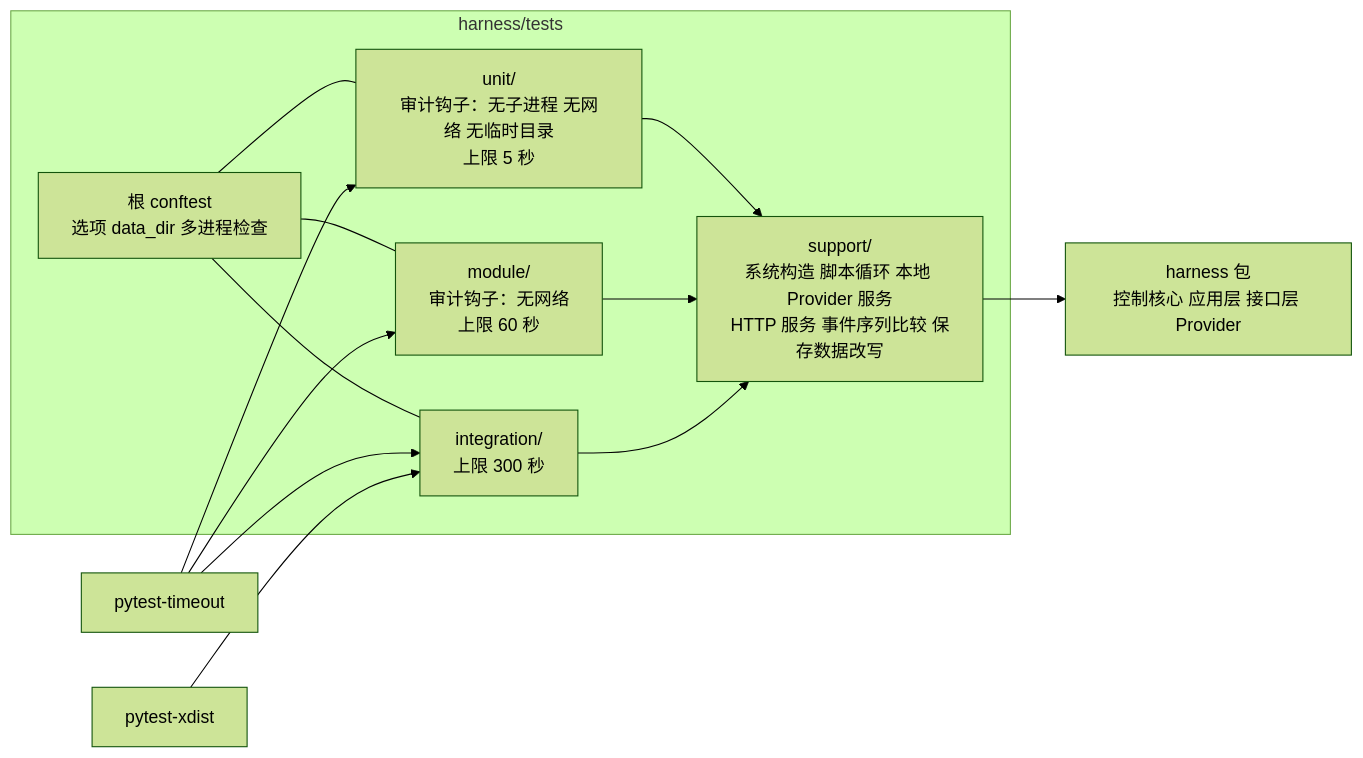
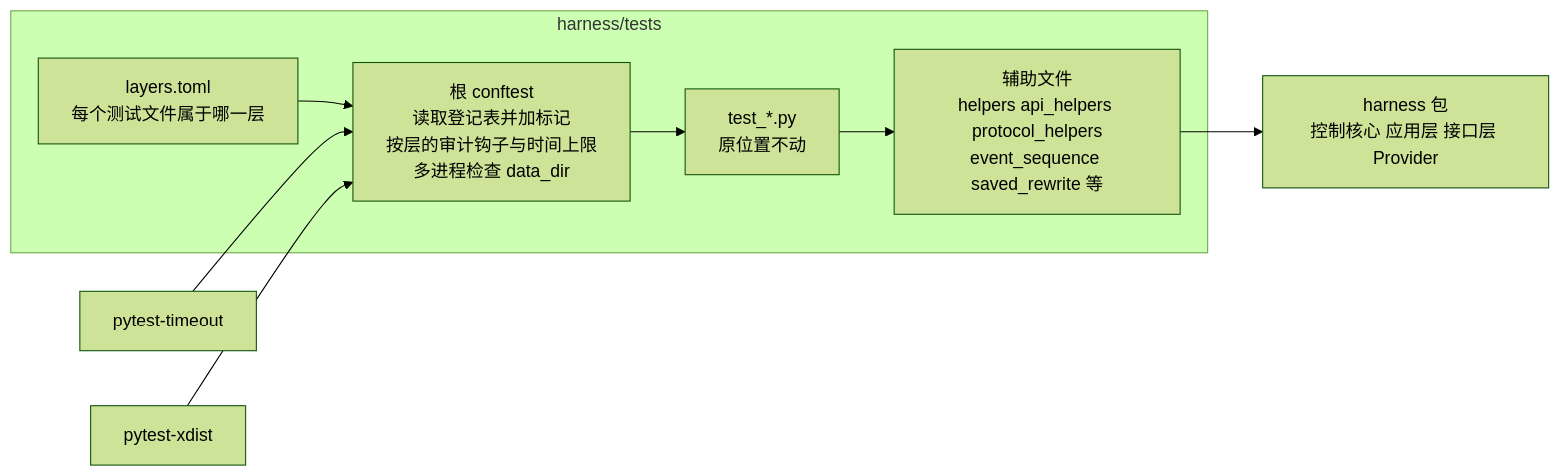
Before and after one commit to bender2333/yudao: the second of 2 diagrams in docs/design/test-pyramid.md, drawn with Mermaid (forest theme). The commit also changed other lines of this file and 4 other files, not shown here.

````diff
--- a/docs/design/test-pyramid.md
+++ b/docs/design/test-pyramid.md
@@ -142,17 +144,15 @@
 ```mermaid
 flowchart LR
     subgraph tests[harness/tests]
-        R[根 conftest<br/>选项 data_dir 多进程检查]
-        U[unit/<br/>审计钩子：无子进程 无网络 无临时目录<br/>上限 5 秒]
-        M[module/<br/>审计钩子：无网络<br/>上限 60 秒]
-        I[integration/<br/>上限 300 秒]
-        S[support/<br/>系统构造 脚本循环 本地 Provider 服务<br/>HTTP 服务 事件序列比较 保存数据改写]
+        L[layers.toml<br/>每个测试文件属于哪一层]
+        R[根 conftest<br/>读取登记表并加标记<br/>按层的审计钩子与时间上限<br/>多进程检查 data_dir]
+        T[test_*.py<br/>原位置不动]
+        S[辅助文件<br/>helpers api_helpers protocol_helpers<br/>event_sequence saved_rewrite 等]
     end
-    U --> S
-    M --> S
-    I --> S
-    R --- U & M & I
+    L --> R
+    R --> T
+    T --> S
     S --> H[harness 包<br/>控制核心 应用层 接口层 Provider]
-    PT[pytest-timeout] --> U & M & I
-    XD[pytest-xdist] --> I
+    PT[pytest-timeout] --> R
+    XD[pytest-xdist] --> R
 ```
````
